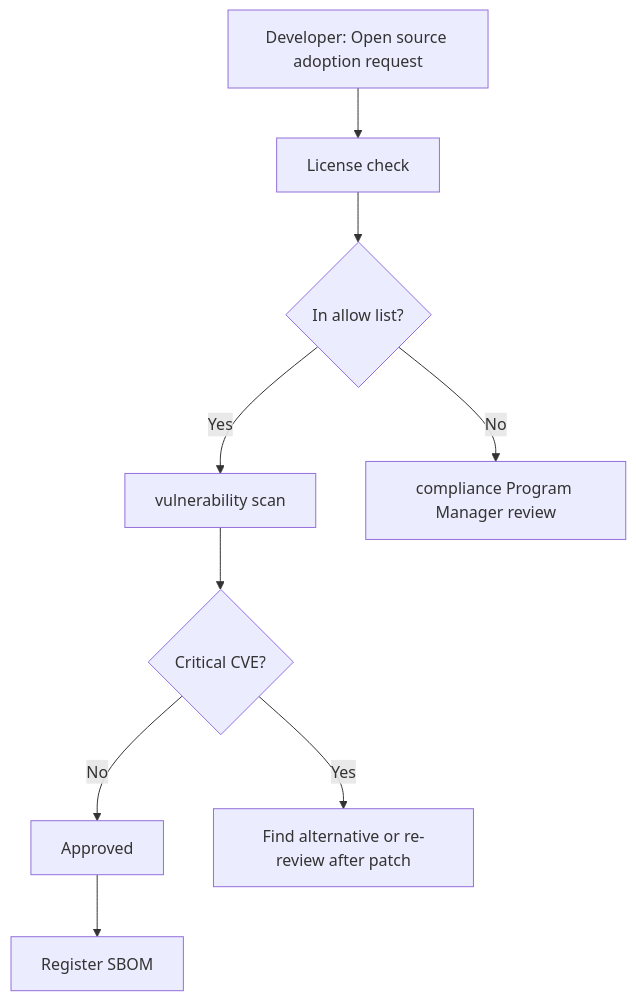
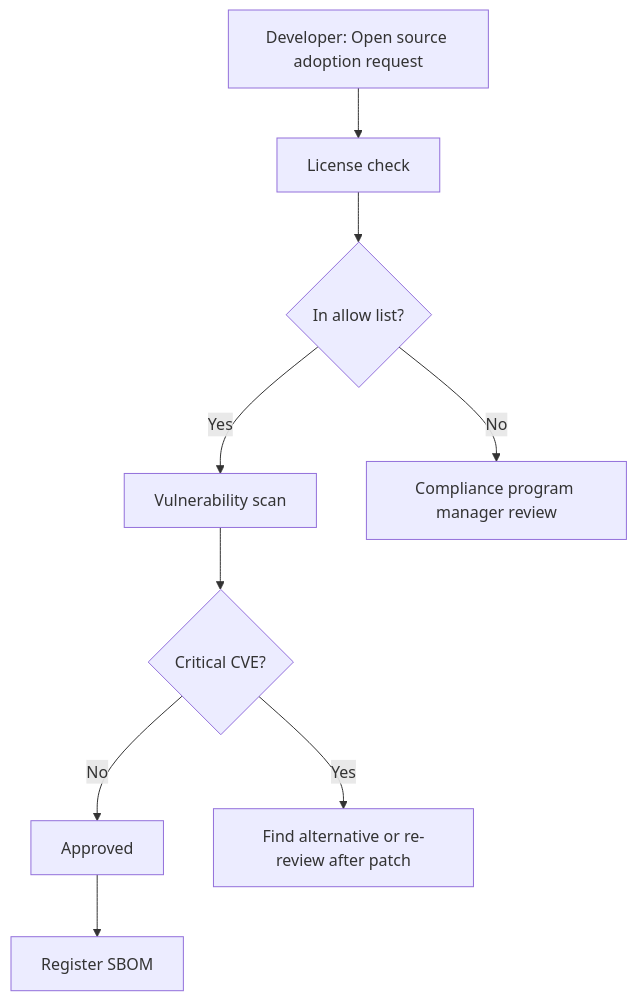
Before and after one commit to trustedoss/trustedoss.github.io: the second of 2 diagrams in website/i18n/en/docusaurus-plugin-content-docs/current/04-process/index.md, drawn with Mermaid. The commit also changed other lines of this file and 33 other files, not shown here.

````diff
--- a/website/i18n/en/docusaurus-plugin-content-docs/current/04-process/index.md
+++ b/website/i18n/en/docusaurus-plugin-content-docs/current/04-process/index.md
@@ -359,11 +323,11 @@
 ```mermaid
 flowchart TD
     A[Developer: Open source adoption request] --> B[License check]
     B --> C{In allow list?}
-    C -->|Yes| D[vulnerability scan]
-    C -->|No| E[compliance Program Manager review]
+    C -->|Yes| D[Vulnerability scan]
+    C -->|No| E[Compliance program manager review]
     D --> F{Critical CVE?}
     F -->|No| G[Approved]
     F -->|Yes| H[Find alternative or re-review after patch]
     G --> I[Register SBOM]
 ```
````
